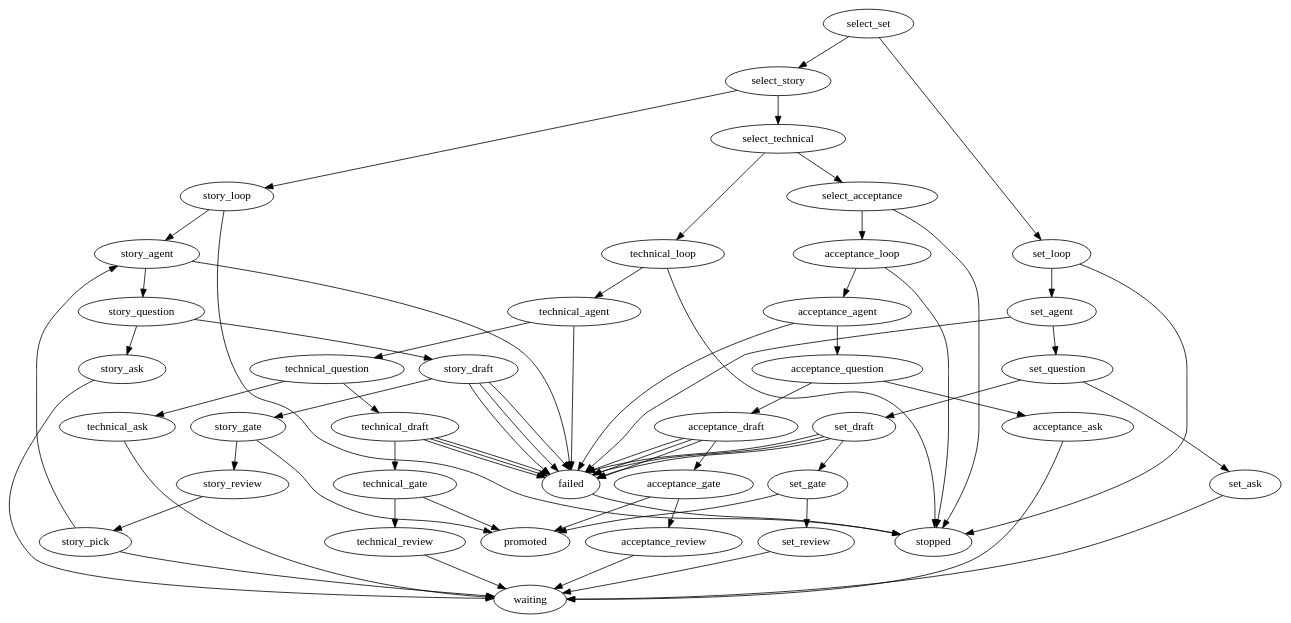
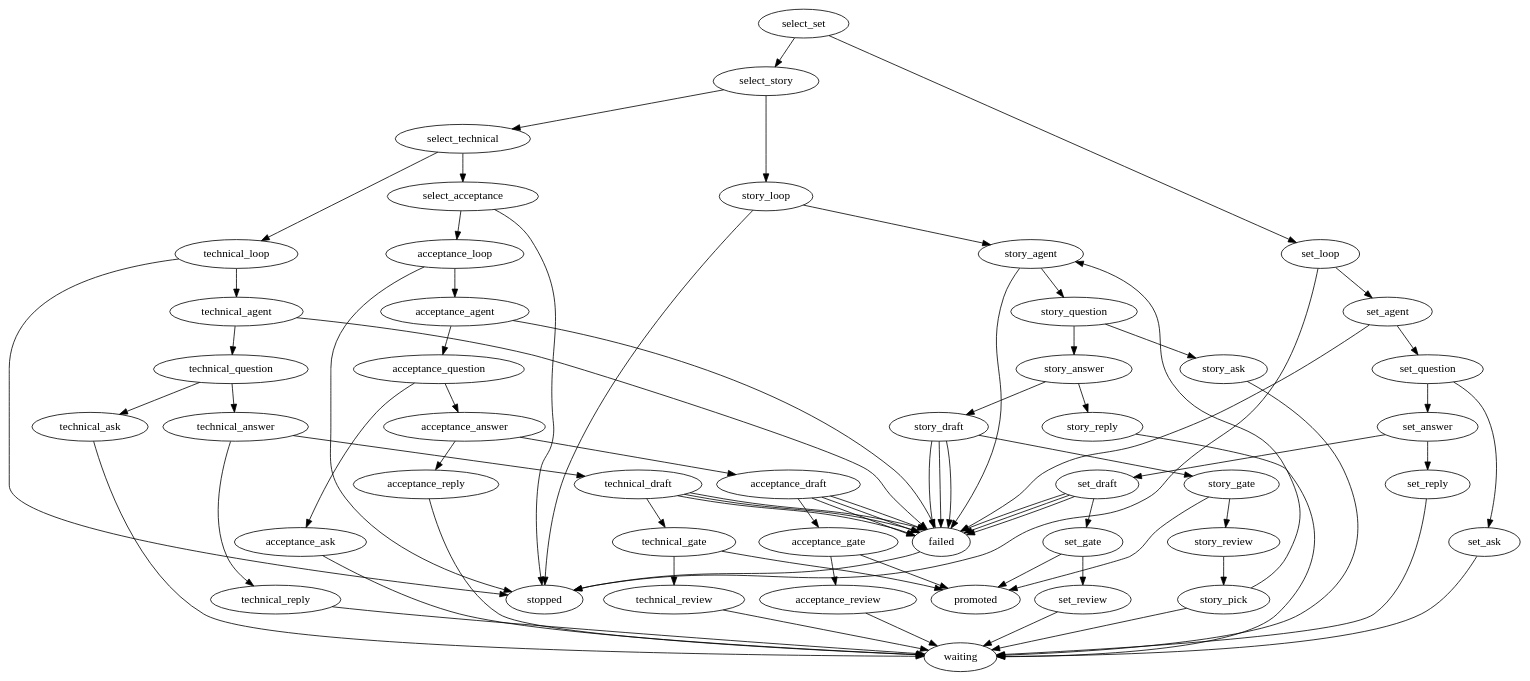
One commit to marioatcloudvane/litefactory changed the diagram in internal/teamsource/plan/plan.dot. Above: the diagram before and after it, drawn with Graphviz. The commit also changed 28 other files, not shown here.

```diff
--- a/internal/teamsource/plan/plan.dot
+++ b/internal/teamsource/plan/plan.dot
@@ -1,151 +1,176 @@
 // Plan shapes a scope into stories in four owner-authorized stages, each with
 // one reasoning role: set, story, technical and acceptance.
 //
 // The factory, not an agent, decides which stage a run is in. It answers the
 // select_* decisions from retained authenticated state, so a run enters exactly
-// one stage. A session that already has stories skips the set stage.
+// one stage. Parent discussion selects set; automatic work with stories skips set.
 //
-// Every stage has the same shape: its agent drafts, asks the owner when it
+// Every stage can answer discussion through an explicit comment and stop without
+// changing drafts or approvals. Otherwise its agent drafts, asks the owner when it
 // needs an answer, and otherwise applies its draft to the story and asks for
 // review. A stage advances only through its gate, which reads "approved" from
 // an owner reply; review-ready is never approval. Every wait is durable, and
 // running out of passes stops the run in a resumable state.
 //
 // The set stage proposes the story set on the parent and waits for the owner to
 // promote it. After promotion the story stage is a bounded creation cycle:
 // story_pick selects the next promoted story without a draft, story_agent
 // drafts it, and its review is published before the next pick. A pick that
 // finds none parks the run at the owner waits. The cycle nodes carry
 // lf_limit="13": twelve stories in a set plus one owner-requested revision.
 digraph plan {
  graph [team="builtin", mode="plan", profile_version="1", start="select_set"];
 
  // ---- Stage selection ------------------------------------------------------
  select_set        [lf_action="lf_if", lf_outcomes="true,false", lf_field="response", lf_condition="set", lf_limit="24"];
  select_story      [lf_action="lf_if", lf_outcomes="true,false", lf_field="response", lf_condition="story", lf_limit="24"];
  select_technical  [lf_action="lf_if", lf_outcomes="true,false", lf_field="response", lf_condition="technical", lf_limit="24"];
  select_acceptance [lf_action="lf_if", lf_outcomes="true,false", lf_field="response", lf_condition="acceptance", lf_limit="24"];
 
  // ---- Stage 1: story set ---------------------------------------------------
  set_loop     [lf_action="lf_loop", lf_outcomes="true,false", lf_field="response", lf_condition="set", lf_limit="8"];
  set_agent    [lf_action="lf_agent", lf_outcomes="success,failed", lf_agent_markdown="plan-set", lf_skills="plan-story-set", lf_limit="8"];
  set_question [lf_action="lf_if", lf_outcomes="true,false", lf_field="response", lf_condition="ask", lf_source="set_agent", lf_limit="8"];
  set_draft    [lf_action="lf_plan_story", lf_source="set_agent", lf_outcomes="applied,conflict,failed,uncertain", lf_limit="8"];
  set_gate     [lf_action="lf_if", lf_outcomes="true,false", lf_field="response", lf_condition="approved", lf_limit="8"];
  set_ask      [lf_action="lf_ask", lf_outcomes="published", lf_kind="question", lf_source="set_agent", lf_limit="8"];
  set_review   [lf_action="lf_ask", lf_outcomes="published", lf_kind="review", lf_source="set_agent", lf_limit="8"];
 
  // ---- Stage 2: stories (bounded creation cycle) ----------------------------
  story_loop     [lf_action="lf_loop", lf_outcomes="true,false", lf_field="response", lf_condition="story", lf_limit="8"];
  story_pick     [lf_action="lf_loop", lf_outcomes="true,false", lf_field="response", lf_condition="create", lf_limit="13"];
  story_agent    [lf_action="lf_agent", lf_outcomes="success,failed", lf_agent_markdown="plan-story", lf_skills="plan-story-shaping", lf_limit="13"];
  story_question [lf_action="lf_if", lf_outcomes="true,false", lf_field="response", lf_condition="ask", lf_source="story_agent", lf_limit="13"];
  story_draft    [lf_action="lf_plan_story", lf_source="story_agent", lf_outcomes="applied,conflict,failed,uncertain", lf_limit="13"];
  story_gate     [lf_action="lf_if", lf_outcomes="true,false", lf_field="response", lf_condition="approved", lf_limit="13"];
  story_ask      [lf_action="lf_ask", lf_outcomes="published", lf_kind="question", lf_source="story_agent", lf_limit="8"];
  story_review   [lf_action="lf_ask", lf_outcomes="published", lf_kind="review", lf_source="story_agent", lf_limit="13"];
 
  // ---- Stage 3: technical ---------------------------------------------------
  technical_loop     [lf_action="lf_loop", lf_outcomes="true,false", lf_field="response", lf_condition="technical", lf_limit="8"];
  technical_agent    [lf_action="lf_agent", lf_outcomes="success,failed", lf_agent_markdown="plan-technical", lf_skills="plan-technical-shaping", lf_limit="8"];
  technical_question [lf_action="lf_if", lf_outcomes="true,false", lf_field="response", lf_condition="ask", lf_source="technical_agent", lf_limit="8"];
  technical_draft    [lf_action="lf_plan_story", lf_source="technical_agent", lf_outcomes="applied,conflict,failed,uncertain", lf_limit="8"];
  technical_gate     [lf_action="lf_if", lf_outcomes="true,false", lf_field="response", lf_condition="approved", lf_limit="8"];
  technical_ask      [lf_action="lf_ask", lf_outcomes="published", lf_kind="question", lf_source="technical_agent", lf_limit="8"];
  technical_review   [lf_action="lf_ask", lf_outcomes="published", lf_kind="review", lf_source="technical_agent", lf_limit="8"];
 
  // ---- Stage 4: acceptance --------------------------------------------------
  acceptance_loop     [lf_action="lf_loop", lf_outcomes="true,false", lf_field="response", lf_condition="acceptance", lf_limit="8"];
  acceptance_agent    [lf_action="lf_agent", lf_outcomes="success,failed", lf_agent_markdown="plan-acceptance", lf_skills="plan-acceptance-shaping", lf_limit="8"];
  acceptance_question [lf_action="lf_if", lf_outcomes="true,false", lf_field="response", lf_condition="ask", lf_source="acceptance_agent", lf_limit="8"];
  acceptance_draft    [lf_action="lf_plan_story", lf_source="acceptance_agent", lf_outcomes="applied,conflict,failed,uncertain", lf_limit="8"];
  acceptance_gate     [lf_action="lf_if", lf_outcomes="true,false", lf_field="response", lf_condition="approved", lf_limit="8"];
  acceptance_ask      [lf_action="lf_ask", lf_outcomes="published", lf_kind="question", lf_source="acceptance_agent", lf_limit="8"];
  acceptance_review   [lf_action="lf_ask", lf_outcomes="published", lf_kind="review", lf_source="acceptance_agent", lf_limit="8"];
 
+ set_answer [lf_action="lf_if", lf_outcomes="true,false", lf_field="response", lf_condition="answer", lf_source="set_agent", lf_limit="13"];
+ set_reply [lf_action="lf_comment", lf_outcomes="published", lf_kind="final", lf_source="set_agent", lf_limit="13"];
+ set_answer -> set_reply [lf_on="true"];
+ set_answer -> set_draft [lf_on="false"];
+ set_reply -> waiting [lf_on="published"];
+
+ story_answer [lf_action="lf_if", lf_outcomes="true,false", lf_field="response", lf_condition="answer", lf_source="story_agent", lf_limit="13"];
+ story_reply [lf_action="lf_comment", lf_outcomes="published", lf_kind="final", lf_source="story_agent", lf_limit="13"];
+ story_answer -> story_reply [lf_on="true"];
+ story_answer -> story_draft [lf_on="false"];
+ story_reply -> waiting [lf_on="published"];
+
+ technical_answer [lf_action="lf_if", lf_outcomes="true,false", lf_field="response", lf_condition="answer", lf_source="technical_agent", lf_limit="13"];
+ technical_reply [lf_action="lf_comment", lf_outcomes="published", lf_kind="final", lf_source="technical_agent", lf_limit="13"];
+ technical_answer -> technical_reply [lf_on="true"];
+ technical_answer -> technical_draft [lf_on="false"];
+ technical_reply -> waiting [lf_on="published"];
+
+ acceptance_answer [lf_action="lf_if", lf_outcomes="true,false", lf_field="response", lf_condition="answer", lf_source="acceptance_agent", lf_limit="13"];
+ acceptance_reply [lf_action="lf_comment", lf_outcomes="published", lf_kind="final", lf_source="acceptance_agent", lf_limit="13"];
+ acceptance_answer -> acceptance_reply [lf_on="true"];
+ acceptance_answer -> acceptance_draft [lf_on="false"];
+ acceptance_reply -> waiting [lf_on="published"];
+
  // ---- Failure and terminals ------------------------------------------------
  failed   [lf_action="lf_comment", lf_outcomes="published", lf_kind="failure", lf_limit="1"];
  waiting  [lf_terminal="true"];
  promoted [lf_terminal="true"];
  stopped  [lf_terminal="true"];
 
  // Stage selection: the first true decision picks the stage; none stops.
  select_set        -> set_loop          [lf_on="true"];
  select_set        -> select_story      [lf_on="false"];   // stories exist; skip the set
  select_story      -> story_loop        [lf_on="true"];
  select_story      -> select_technical  [lf_on="false"];
  select_technical  -> technical_loop    [lf_on="true"];
  select_technical  -> select_acceptance [lf_on="false"];
  select_acceptance -> acceptance_loop   [lf_on="true"];
  select_acceptance -> stopped           [lf_on="false"];
 
  // Stage 1: propose the story set and wait for the owner to promote it.
  set_loop     -> set_agent    [lf_on="true"];
  set_loop     -> stopped      [lf_on="false"];      // out of passes
  set_agent    -> set_question [lf_on="success"];
  set_question -> set_ask      [lf_on="true"];       // needs an answer
- set_question -> set_draft    [lf_on="false"];      // has a set; apply it
+ set_question -> set_answer    [lf_on="false"];      // has a set; apply it
  set_draft    -> set_gate     [lf_on="applied"];
  set_gate     -> promoted     [lf_on="true"];       // the owner approved
  set_gate     -> set_review   [lf_on="false"];      // asks if the set stands
  set_ask      -> waiting      [lf_on="published"];
  set_review   -> waiting      [lf_on="published"];
 
  // Stage 2: draft one story per pick; each review is published before the next.
  story_loop     -> story_agent    [lf_on="true"];
  story_loop     -> stopped        [lf_on="false"];    // out of passes
  story_agent    -> story_question [lf_on="success"];
  story_question -> story_ask      [lf_on="true"];     // needs an answer
- story_question -> story_draft    [lf_on="false"];    // has a draft; apply it
+ story_question -> story_answer    [lf_on="false"];    // has a draft; apply it
  story_draft    -> story_gate     [lf_on="applied"];
  story_gate     -> promoted       [lf_on="true"];     // the owner approved
  story_gate     -> story_review   [lf_on="false"];    // asks if the draft stands
  story_ask      -> waiting        [lf_on="published"];
  story_review   -> story_pick     [lf_on="published"];
  story_pick     -> story_agent    [lf_on="true"];     // another story has no draft
  story_pick     -> waiting        [lf_on="false"];    // all drafted; owner reviews
 
  // Stage 3: technical shaping, same shape as the set stage.
  technical_loop     -> technical_agent    [lf_on="true"];
  technical_loop     -> stopped            [lf_on="false"];    // out of passes
  technical_agent    -> technical_question [lf_on="success"];
  technical_question -> technical_ask      [lf_on="true"];     // needs an answer
- technical_question -> technical_draft    [lf_on="false"];    // has a draft; apply it
+ technical_question -> technical_answer    [lf_on="false"];    // has a draft; apply it
  technical_draft    -> technical_gate     [lf_on="applied"];
  technical_gate     -> promoted           [lf_on="true"];     // the owner approved
  technical_gate     -> technical_review   [lf_on="false"];    // asks if the draft stands
  technical_ask      -> waiting            [lf_on="published"];
  technical_review   -> waiting            [lf_on="published"];
 
  // Stage 4: acceptance shaping, same shape as the set stage.
  acceptance_loop     -> acceptance_agent    [lf_on="true"];
  acceptance_loop     -> stopped             [lf_on="false"];    // out of passes
  acceptance_agent    -> acceptance_question [lf_on="success"];
  acceptance_question -> acceptance_ask      [lf_on="true"];     // needs an answer
- acceptance_question -> acceptance_draft    [lf_on="false"];    // has a draft; apply it
+ acceptance_question -> acceptance_answer    [lf_on="false"];    // has a draft; apply it
  acceptance_draft    -> acceptance_gate     [lf_on="applied"];
  acceptance_gate     -> promoted            [lf_on="true"];     // the owner approved
  acceptance_gate     -> acceptance_review   [lf_on="false"];    // asks if the draft stands
  acceptance_ask      -> waiting             [lf_on="published"];
  acceptance_review   -> waiting             [lf_on="published"];
 
  // A failed agent or story effect (conflict, failed, uncertain) reports its
  // cause and how to retry, then stops; nothing retries on its own.
  set_agent        -> failed [lf_on="failed"];
  set_draft        -> failed [lf_on="conflict"];
  set_draft        -> failed [lf_on="failed"];
  set_draft        -> failed [lf_on="uncertain"];
  story_agent      -> failed [lf_on="failed"];
  story_draft      -> failed [lf_on="conflict"];
  story_draft      -> failed [lf_on="failed"];
  story_draft      -> failed [lf_on="uncertain"];
  technical_agent  -> failed [lf_on="failed"];
  technical_draft  -> failed [lf_on="conflict"];
  technical_draft  -> failed [lf_on="failed"];
  technical_draft  -> failed [lf_on="uncertain"];
  acceptance_agent -> failed [lf_on="failed"];
  acceptance_draft -> failed [lf_on="conflict"];
  acceptance_draft -> failed [lf_on="failed"];
  acceptance_draft -> failed [lf_on="uncertain"];
  failed           -> stopped [lf_on="published"];
 }
```
